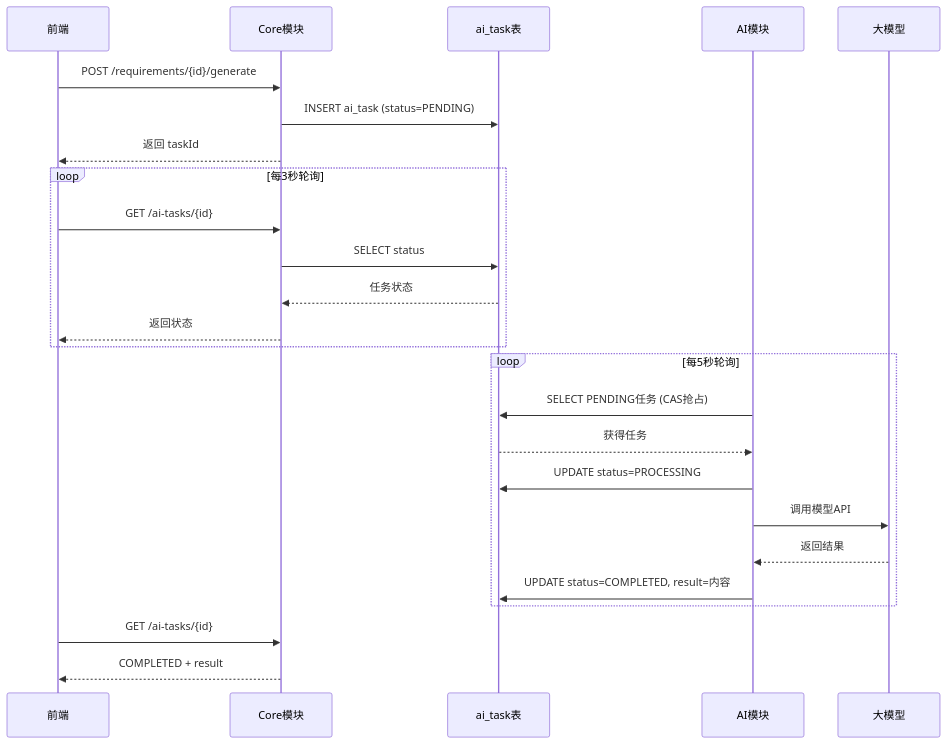
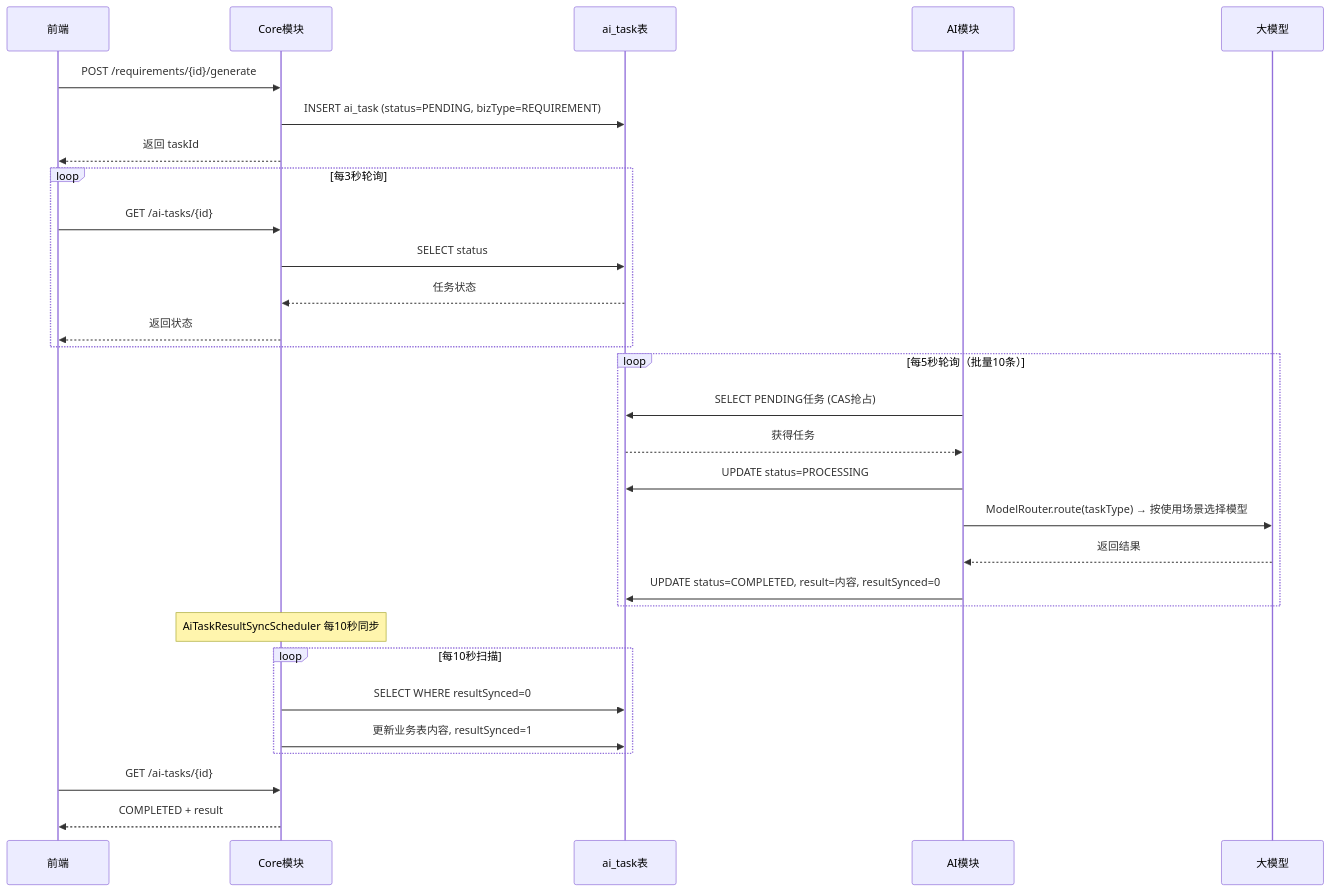
Before and after one commit to DrunkFood/First: diagram 18 of 22 in docs/projects/业务需求编制到招标文件完成-业务流程梳理.md, drawn with Mermaid. The commit also changed other lines of this file and 3 other files, not shown here.

First line of the commit message:
docs(flow): 更新业务流程梳理文档对齐实际代码

````diff
--- a/docs/projects/业务需求编制到招标文件完成-业务流程梳理.md
+++ b/docs/projects/业务需求编制到招标文件完成-业务流程梳理.md
@@ -706,31 +712,37 @@
 ```mermaid
 sequenceDiagram
     participant 前端
     participant Core模块
     participant DB as ai_task表
     participant AI模块
     participant 大模型
 
     前端->>Core模块: POST /requirements/{id}/generate
-    Core模块->>DB: INSERT ai_task (status=PENDING)
+    Core模块->>DB: INSERT ai_task (status=PENDING, bizType=REQUIREMENT)
     Core模块-->>前端: 返回 taskId
 
     loop 每3秒轮询
         前端->>Core模块: GET /ai-tasks/{id}
         Core模块->>DB: SELECT status
         DB-->>Core模块: 任务状态
         Core模块-->>前端: 返回状态
     end
 
-    loop 每5秒轮询
+    loop 每5秒轮询（批量10条）
         AI模块->>DB: SELECT PENDING任务 (CAS抢占)
         DB-->>AI模块: 获得任务
         AI模块->>DB: UPDATE status=PROCESSING
-        AI模块->>大模型: 调用模型API
+        AI模块->>大模型: ModelRouter.route(taskType) → 按使用场景选择模型
         大模型-->>AI模块: 返回结果
-        AI模块->>DB: UPDATE status=COMPLETED, result=内容
+        AI模块->>DB: UPDATE status=COMPLETED, result=内容, resultSynced=0
+    end
+
+    Note over Core模块: AiTaskResultSyncScheduler 每10秒同步
+    loop 每10秒扫描
+        Core模块->>DB: SELECT WHERE resultSynced=0
+        Core模块->>DB: 更新业务表内容, resultSynced=1
     end
 
     前端->>Core模块: GET /ai-tasks/{id}
     Core模块-->>前端: COMPLETED + result
 ```
````
